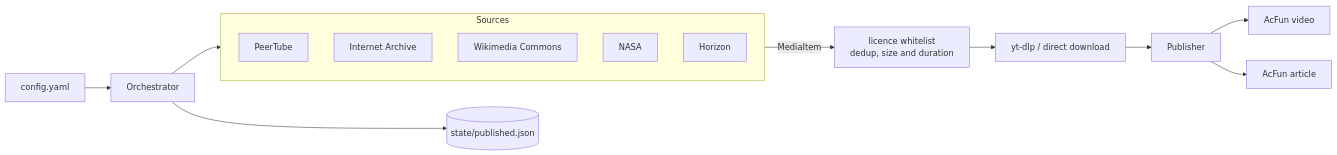
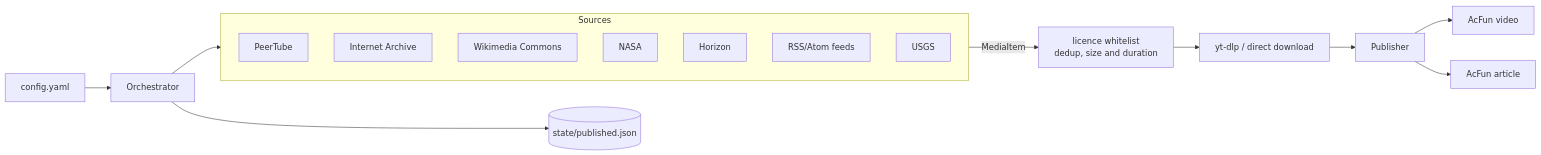
Before and after one commit to sayakawaii/MediaBridge: the diagram in README.md, drawn with Mermaid. The commit also changed other lines of this file and 8 other files, not shown here.

````diff
--- a/README.md
+++ b/README.md
@@ -7,18 +7,20 @@
 ```mermaid
 flowchart LR
   Cfg[config.yaml] --> Orch[Orchestrator]
   subgraph src [Sources]
     PT[PeerTube]
     IA[Internet Archive]
     WM[Wikimedia Commons]
     NASA[NASA]
     HZ[Horizon]
+    FD[RSS/Atom feeds]
+    UG[USGS]
   end
   Orch --> src
   src -->|MediaItem| Filt[licence whitelist<br/>dedup, size and duration]
   Filt --> Fetch[yt-dlp / direct download]
   Fetch --> Pub[Publisher]
   Pub --> AC[AcFun video]
   Pub --> ART[AcFun article]
   Orch --> St[(state/published.json)]
 ```
````
